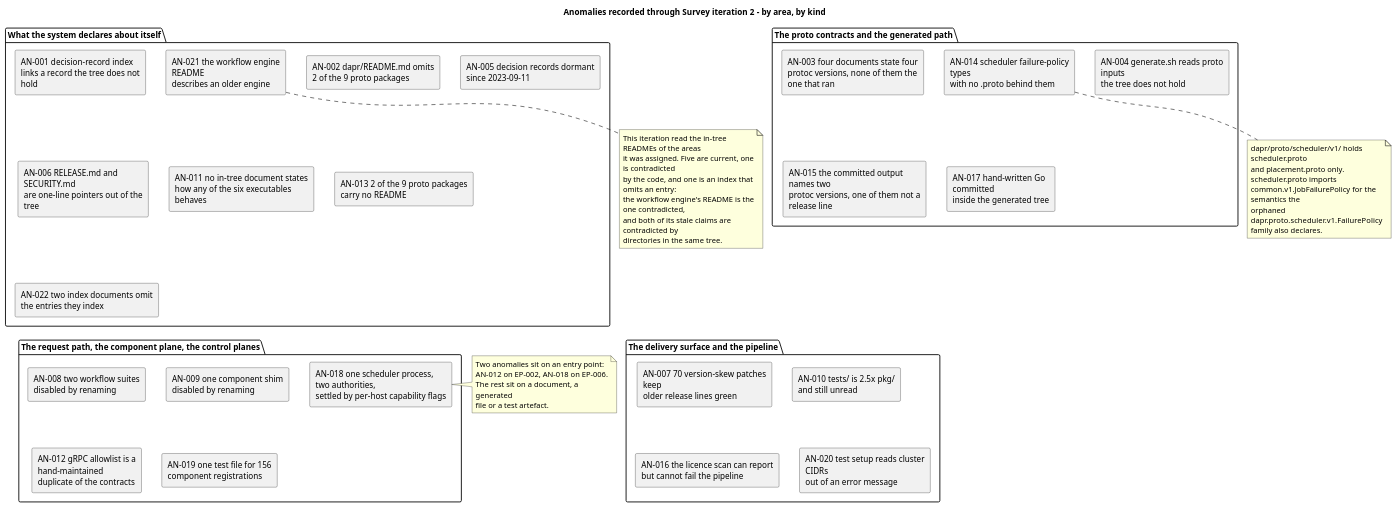
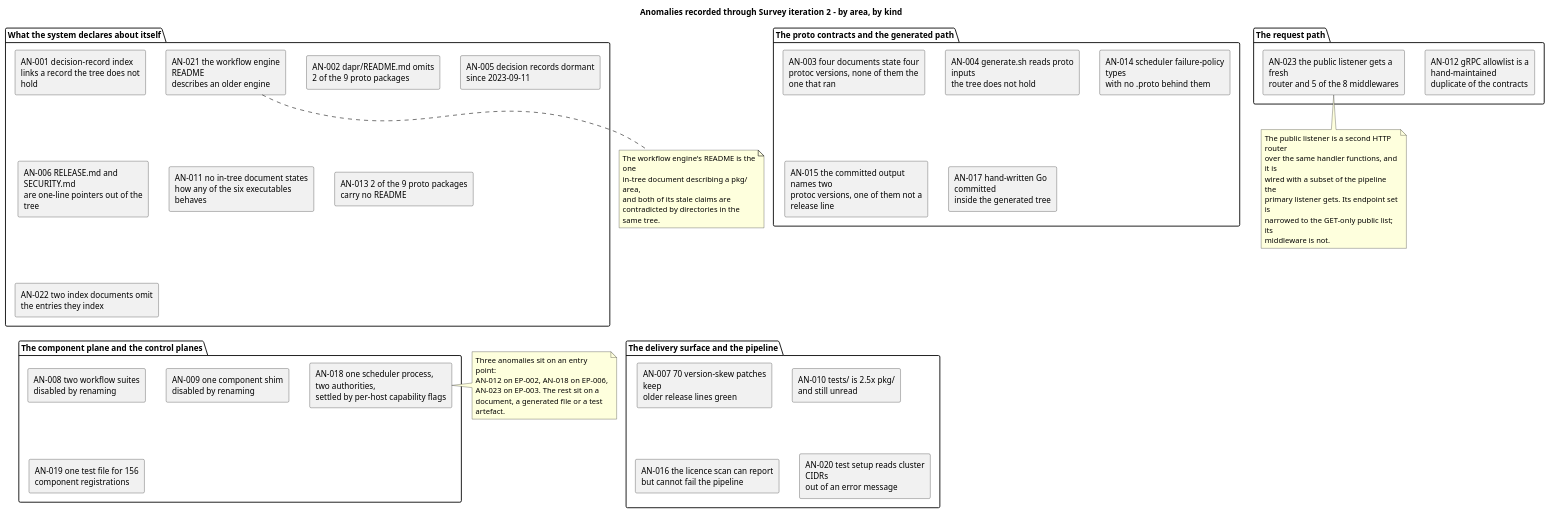
Before and after one commit to banense-test/dapr: the fourth of 4 diagrams in docs/artifacts/discovery/system-inventory.md, drawn with PlantUML. The commit also changed other lines of this file, not shown here.

Commit message:
Software Archaeologist [Survey2]: upsert System Inventory
[skip ci]

````diff
--- a/docs/artifacts/discovery/system-inventory.md
+++ b/docs/artifacts/discovery/system-inventory.md
@@ -529,63 +529,67 @@
 ```plantuml
 @startuml
 title Anomalies recorded through Survey iteration 2 - by area, by kind
 skinparam componentStyle rectangle
 skinparam wrapWidth 230
 
 package "What the system declares about itself" {
   [AN-001 decision-record index\nlinks a record the tree does not hold] as A1
   [AN-002 dapr/README.md omits\n2 of the 9 proto packages] as A2
   [AN-005 decision records dormant\nsince 2023-09-11] as A5
   [AN-006 RELEASE.md and SECURITY.md\nare one-line pointers out of the tree] as A6
   [AN-011 no in-tree document states\nhow any of the six executables behaves] as A11
   [AN-013 2 of the 9 proto packages\ncarry no README] as A13
   [AN-021 the workflow engine README\ndescribes an older engine] as A21
   [AN-022 two index documents omit\nthe entries they index] as A22
 }
 
 package "The proto contracts and the generated path" {
   [AN-003 four documents state four\nprotoc versions, none of them the one that ran] as A3
   [AN-004 generate.sh reads proto inputs\nthe tree does not hold] as A4
   [AN-014 scheduler failure-policy types\nwith no .proto behind them] as A14
   [AN-015 the committed output names two\nprotoc versions, one of them not a release line] as A15
   [AN-017 hand-written Go committed\ninside the generated tree] as A17
 }
 
-package "The request path, the component plane, the control planes" {
+package "The request path" {
+  [AN-012 gRPC allowlist is a hand-maintained\nduplicate of the contracts] as A12
+  [AN-023 the public listener gets a fresh\nrouter and 5 of the 8 middlewares] as A23
+}
+
+package "The component plane and the control planes" {
   [AN-008 two workflow suites\ndisabled by renaming] as A8
   [AN-009 one component shim\ndisabled by renaming] as A9
-  [AN-012 gRPC allowlist is a hand-maintained\nduplicate of the contracts] as A12
   [AN-018 one scheduler process, two authorities,\nsettled by per-host capability flags] as A18
   [AN-019 one test file for 156\ncomponent registrations] as A19
 }
 
 package "The delivery surface and the pipeline" {
   [AN-007 70 version-skew patches keep\nolder release lines green] as A7
   [AN-010 tests/ is 2.5x pkg/\nand still unread] as A10
   [AN-016 the licence scan can report\nbut cannot fail the pipeline] as A16
   [AN-020 test setup reads cluster CIDRs\nout of an error message] as A20
 }
 
 note right of A18
-  Two anomalies sit on an entry point:
-  AN-012 on EP-002, AN-018 on EP-006.
-  The rest sit on a document, a generated
-  file or a test artefact.
+  Three anomalies sit on an entry point:
+  AN-012 on EP-002, AN-018 on EP-006,
+  AN-023 on EP-003. The rest sit on a
+  document, a generated file or a test
+  artefact.
 end note
-note bottom of A14
-  dapr/proto/scheduler/v1/ holds scheduler.proto
-  and placement.proto only. scheduler.proto imports
-  common.v1.JobFailurePolicy for the semantics the
-  orphaned dapr.proto.scheduler.v1.FailurePolicy
-  family also declares.
+note bottom of A23
+  The public listener is a second HTTP router
+  over the same handler functions, and it is
+  wired with a subset of the pipeline the
+  primary listener gets. Its endpoint set is
+  narrowed to the GET-only public list; its
+  middleware is not.
 end note
 note bottom of A21
-  This iteration read the in-tree READMEs of the areas
-  it was assigned. Five are current, one is contradicted
-  by the code, and one is an index that omits an entry:
-  the workflow engine's README is the one contradicted,
-  and both of its stale claims are contradicted by
-  directories in the same tree.
+  The workflow engine's README is the one
+  in-tree document describing a pkg/ area,
+  and both of its stale claims are
+  contradicted by directories in the same tree.
 end note
 @enduml
 ```
````
